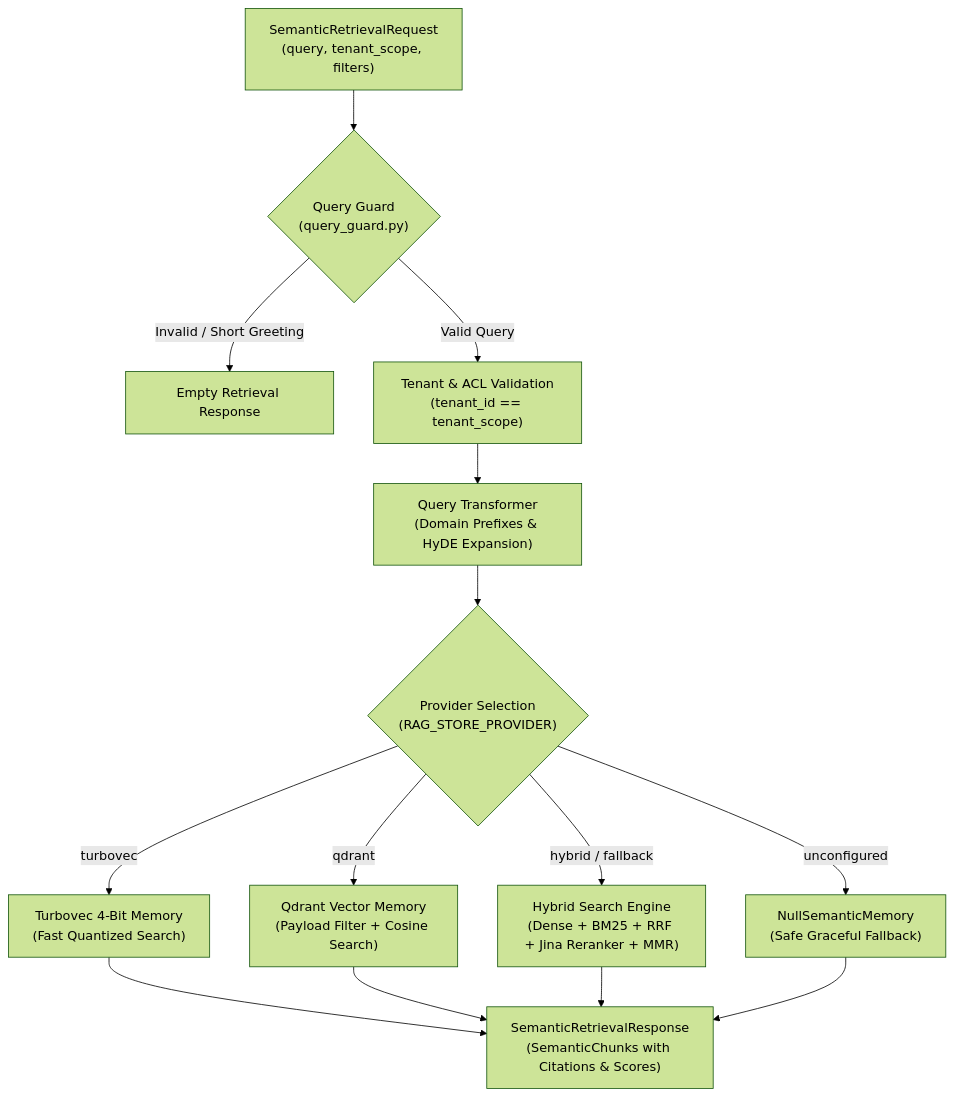
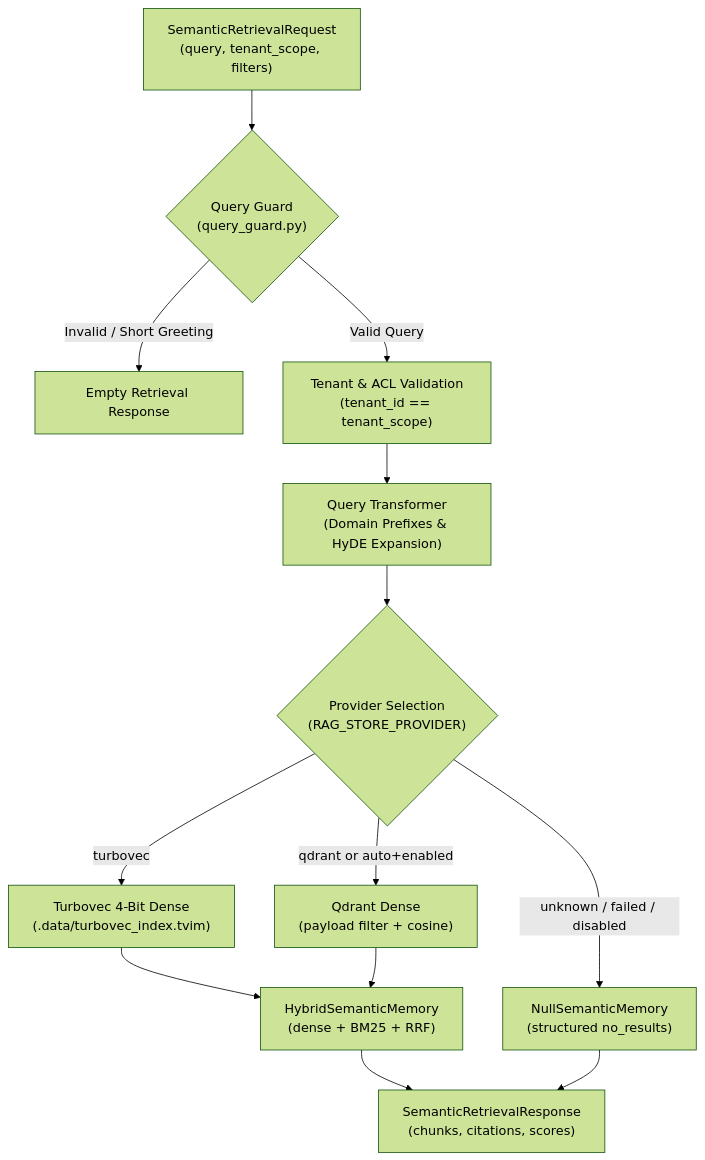
The second of 2 diagrams in docs/architectures/current-architectures/05-rag-architecture.md (MathematicGuy/EMAIL-AGENT-v1), drawn with Mermaid (forest theme) before and after one commit. The commit also changed other lines of this file and 9 other files, not shown here.

First line of the commit message:
feat(rag): default company retrieval to turbovec hybrid factory

````diff
--- a/docs/architectures/current-architectures/05-rag-architecture.md
+++ b/docs/architectures/current-architectures/05-rag-architecture.md
@@ -51,20 +51,19 @@
 ```mermaid
 flowchart TB
     REQ["SemanticRetrievalRequest<br/>(query, tenant_scope, filters)"] --> GUARD{"Query Guard<br/>(query_guard.py)"}
     
     GUARD -->|Invalid / Short Greeting| NULL_RES["Empty Retrieval Response"]
     GUARD -->|Valid Query| ACL["Tenant & ACL Validation<br/>(tenant_id == tenant_scope)"]
     
     ACL --> TRANSFORM["Query Transformer<br/>(Domain Prefixes & HyDE Expansion)"]
     TRANSFORM --> LADDER{"Provider Selection<br/>(RAG_STORE_PROVIDER)"}
 
-    LADDER -->|turbovec| TURBO["Turbovec 4-Bit Memory<br/>(Fast Quantized Search)"]
-    LADDER -->|qdrant| QDRANT["Qdrant Vector Memory<br/>(Payload Filter + Cosine Search)"]
-    LADDER -->|hybrid / fallback| HYBRID["Hybrid Search Engine<br/>(Dense + BM25 + RRF + Jina Reranker + MMR)"]
-    LADDER -->|unconfigured| NULL_MEM["NullSemanticMemory<br/>(Safe Graceful Fallback)"]
+    LADDER -->|turbovec| TURBO["Turbovec 4-Bit Dense<br/>(.data/turbovec_index.tvim)"]
+    LADDER -->|qdrant or auto+enabled| QDRANT["Qdrant Dense<br/>(payload filter + cosine)"]
+    LADDER -->|unknown / failed / disabled| NULL_MEM["NullSemanticMemory<br/>(structured no_results)"]
 
-    TURBO --> RESP["SemanticRetrievalResponse<br/>(SemanticChunks with Citations & Scores)"]
-    QDRANT --> RESP
-    HYBRID --> RESP
+    TURBO --> HYBRID["HybridSemanticMemory<br/>(dense + BM25 + RRF)"]
+    QDRANT --> HYBRID
+    HYBRID --> RESP["SemanticRetrievalResponse<br/>(chunks, citations, scores)"]
     NULL_MEM --> RESP
 ```
````
